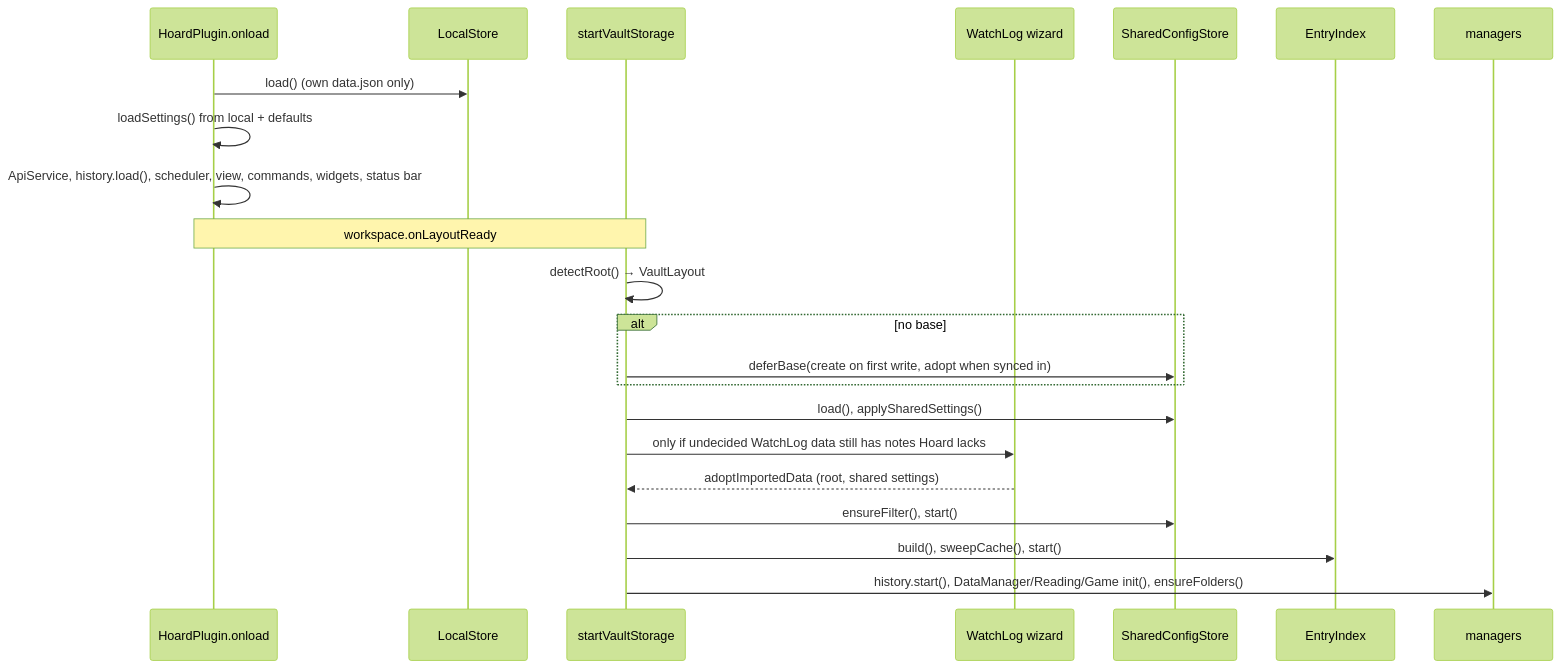
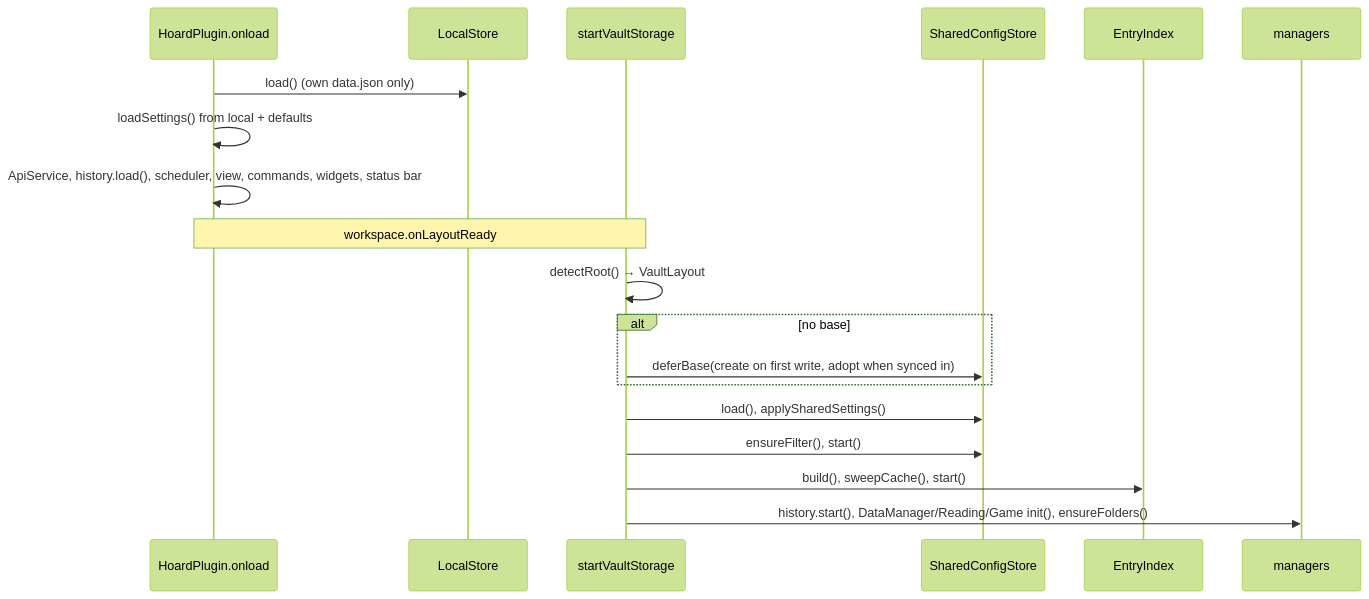
Before and after one commit to Macavity/obsidian-hoard: the diagram in docs/flows/startup.md, drawn with Mermaid (forest theme). The commit also changed other lines of this file and 18 other files, not shown here.

First line of the commit message:
docs(wiki): migration is skill-only; replace WatchLog wizard docs

````diff
--- a/docs/flows/startup.md
+++ b/docs/flows/startup.md
@@ -21,24 +21,21 @@
 ```mermaid
 sequenceDiagram
   participant P as HoardPlugin.onload
   participant L as LocalStore
   participant S as startVaultStorage
-  participant W as WatchLog wizard
   participant Sh as SharedConfigStore
   participant I as EntryIndex
   participant Mg as managers
   P->>L: load() (own data.json only)
   P->>P: loadSettings() from local + defaults
   P->>P: ApiService, history.load(), scheduler, view, commands, widgets, status bar
   Note over P,S: workspace.onLayoutReady
   S->>S: detectRoot() → VaultLayout
   alt no base
     S->>Sh: deferBase(create on first write, adopt when synced in)
   end
   S->>Sh: load(), applySharedSettings()
-  S->>W: only if undecided WatchLog data still has notes Hoard lacks
-  W-->>S: adoptImportedData (root, shared settings)
   S->>Sh: ensureFilter(), start()
   S->>I: build(), sweepCache(), start()
   S->>Mg: history.start(), DataManager/Reading/Game init(), ensureFolders()
 ```
````
